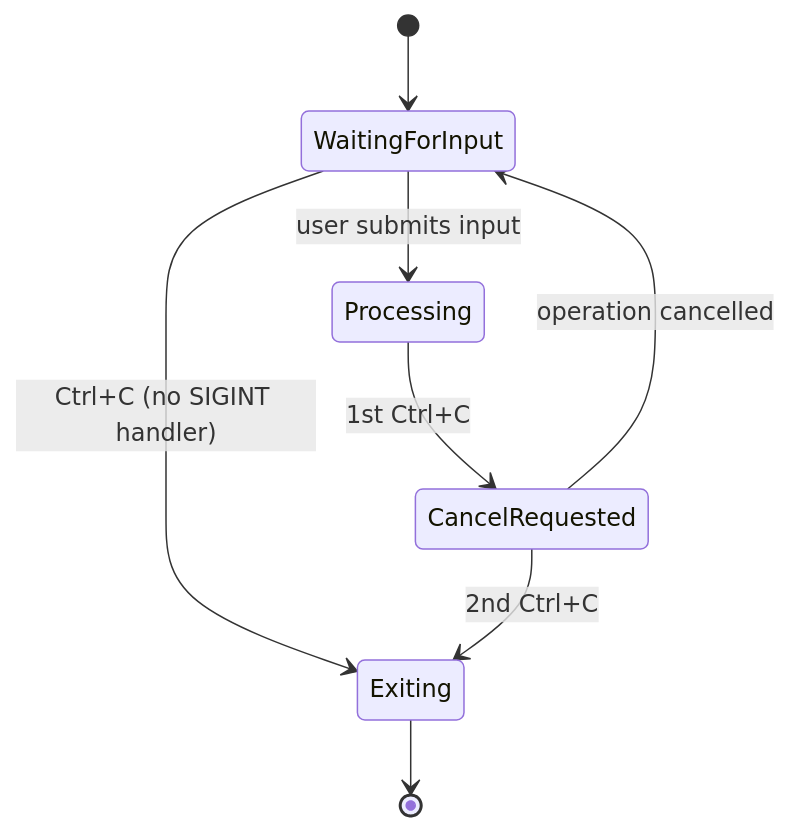
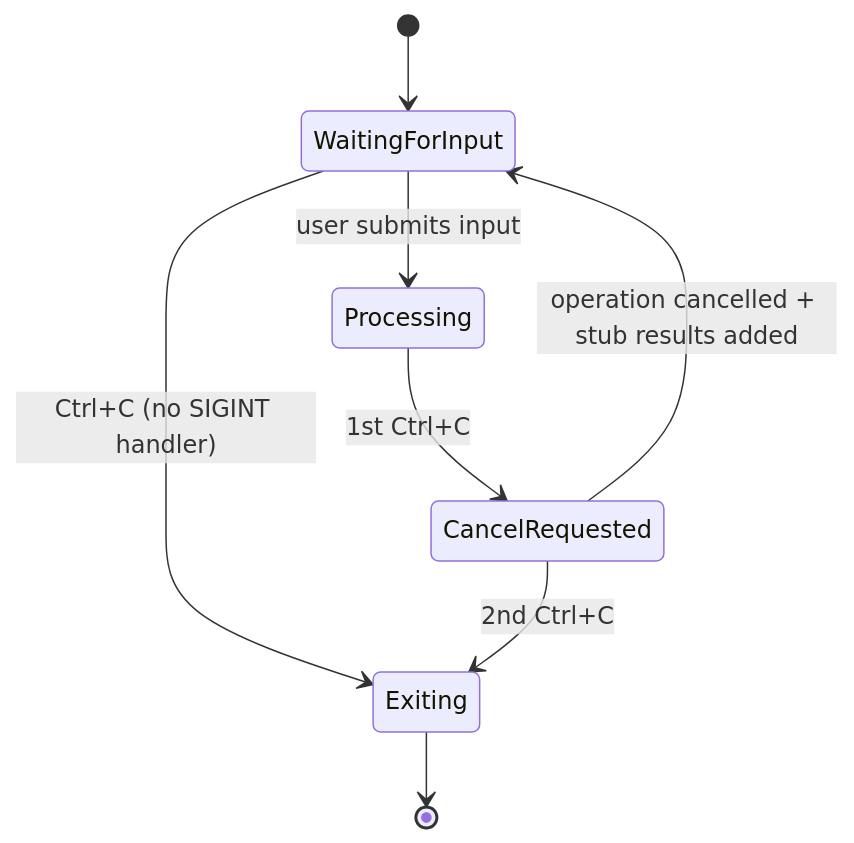
Before and after one commit to codexceed/cli-chat: the third of 5 diagrams in ARCHITECTURE.md, drawn with Mermaid. The commit also changed other lines of this file and 1 other file, not shown here.

First line of the commit message:
Update CLAUDE.md and ARCHITECTURE.md for recent changes

````diff
--- a/ARCHITECTURE.md
+++ b/ARCHITECTURE.md
@@ -60,10 +63,10 @@
 ```mermaid
 stateDiagram-v2
     [*] --> WaitingForInput
     WaitingForInput --> Exiting: Ctrl+C (no SIGINT handler)
     WaitingForInput --> Processing: user submits input
     Processing --> CancelRequested: 1st Ctrl+C
-    CancelRequested --> WaitingForInput: operation cancelled
+    CancelRequested --> WaitingForInput: operation cancelled + stub results added
     CancelRequested --> Exiting: 2nd Ctrl+C
     Exiting --> [*]
 ```
````
